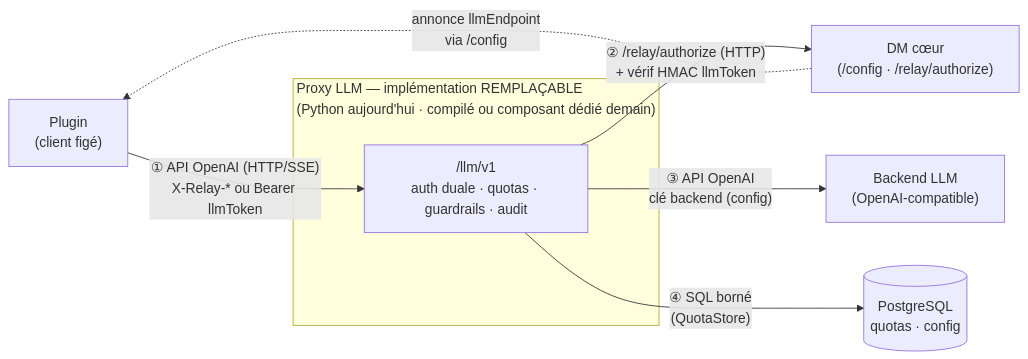
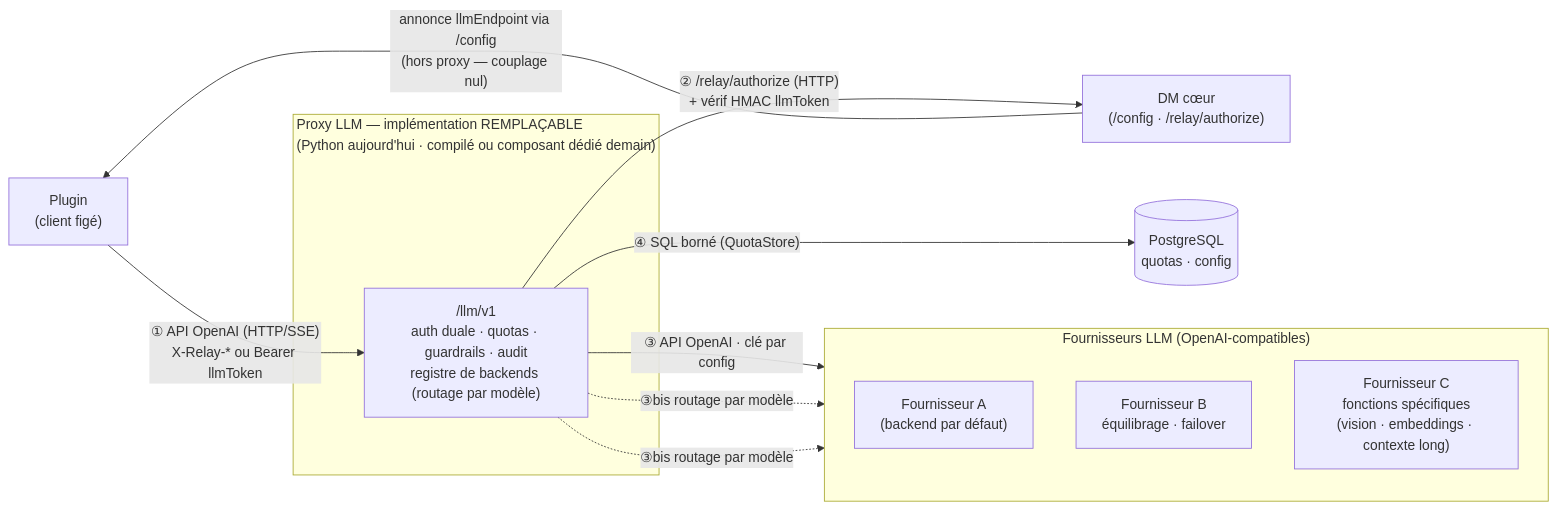
The diagram in docs/architecture/adr-0002-proxy-llm-relais.md (IA-Generative/device-management), drawn with Mermaid before and after one commit. The commit also changed other lines of this file, not shown here.

Commit message:
docs(adr): ADR-0002 — schéma des interfaces avec fournisseurs LLM multiples (options futures en légende)
Fournisseur A = backend par défaut (trait plein, livré) ; fournisseurs B
(équilibrage/failover) et C (fonctions spécifiques : vision, embeddings,
contexte long) en pointillé = options futures activables par le registre
LLM_BACKENDS. Légende explicite plein/pointillé ; annonce llmEndpoint passée
en trait plein (flux livré, hors proxy).

````diff
--- a/docs/architecture/adr-0002-proxy-llm-relais.md
+++ b/docs/architecture/adr-0002-proxy-llm-relais.md
@@ -88,16 +88,23 @@
 ```mermaid
 flowchart LR
     P["Plugin<br/>(client figé)"]
     subgraph PROXY["Proxy LLM — implémentation REMPLAÇABLE<br/>(Python aujourd'hui · compilé ou composant dédié demain)"]
-        F["/llm/v1<br/>auth duale · quotas · guardrails · audit"]
+        F["/llm/v1<br/>auth duale · quotas · guardrails · audit<br/>registre de backends (routage par modèle)"]
     end
     DM["DM cœur<br/>(/config · /relay/authorize)"]
-    IA["Backend LLM<br/>(OpenAI-compatible)"]
+    subgraph PROV["Fournisseurs LLM (OpenAI-compatibles)"]
+        direction TB
+        IA1["Fournisseur A<br/>(backend par défaut)"]
+        IA2["Fournisseur B<br/>équilibrage · failover"]
+        IA3["Fournisseur C<br/>fonctions spécifiques<br/>(vision · embeddings · contexte long)"]
+    end
     DB[("PostgreSQL<br/>quotas · config")]
 
-    DM -.->|"annonce llmEndpoint<br/>via /config"| P
+    DM -->|"annonce llmEndpoint via /config<br/>(hors proxy — couplage nul)"| P
     P -->|"① API OpenAI (HTTP/SSE)<br/>X-Relay-* ou Bearer llmToken"| F
     F -->|"② /relay/authorize (HTTP)<br/>+ vérif HMAC llmToken"| DM
-    F -->|"③ API OpenAI<br/>clé backend (config)"| IA
-    F -->|"④ SQL borné<br/>(QuotaStore)"| DB
+    F -->|"③ API OpenAI · clé par config"| IA1
+    F -.->|"③bis routage par modèle"| IA2
+    F -.->|"③bis routage par modèle"| IA3
+    F -->|"④ SQL borné (QuotaStore)"| DB
 ```
````
